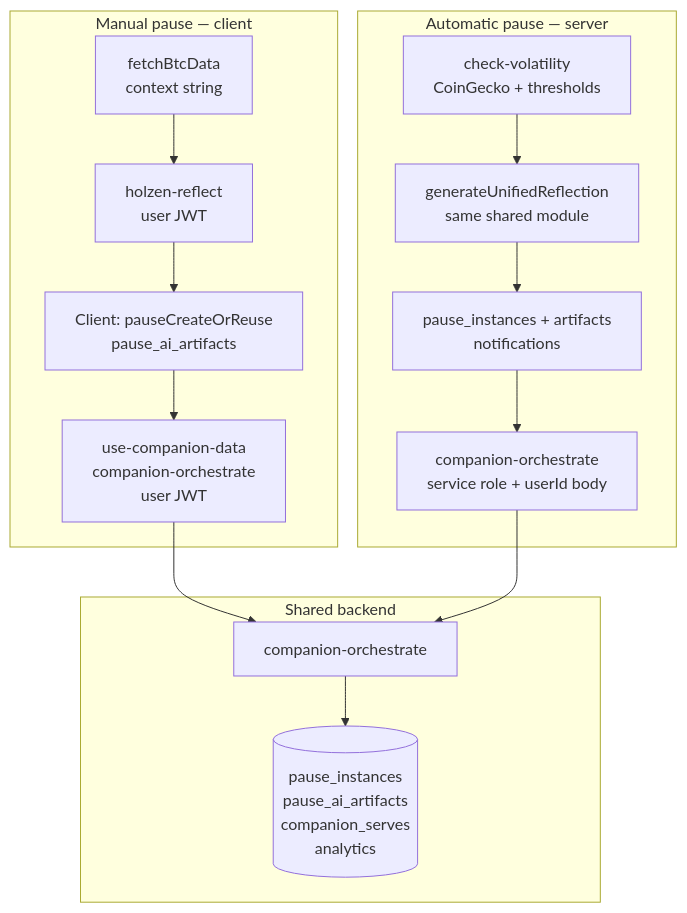
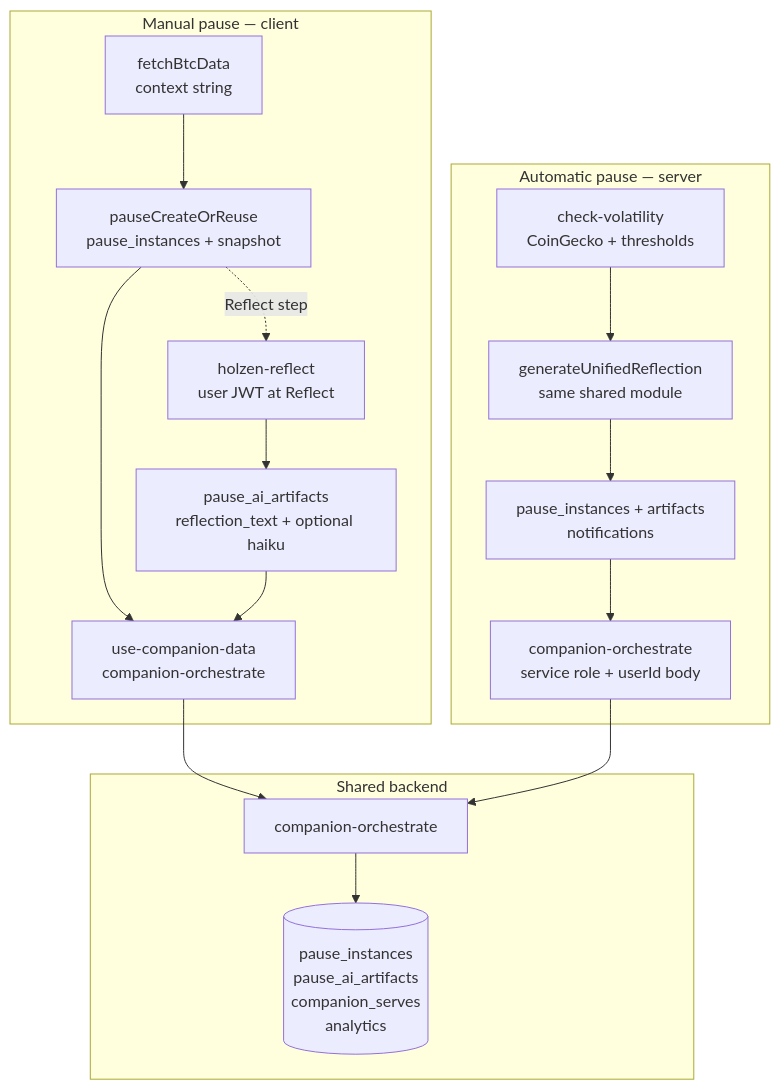
The second of 5 diagrams in docs/systems/pause/ai-powered-pause-system.md (Angelguirao/holzen), drawn with Mermaid before and after one commit. The commit also changed other lines of this file and 49 other files, not shown here.

First line of the commit message:
feat(pause): remove choose bridge and unify decide flow

````diff
--- a/docs/systems/pause/ai-powered-pause-system.md
+++ b/docs/systems/pause/ai-powered-pause-system.md
@@ -220,24 +220,27 @@
 ```mermaid
 flowchart TB
   subgraph MANUAL [Manual pause — client]
     BTC[fetchBtcData\ncontext string]
-    HR[holzen-reflect\nuser JWT]
-    INS[Client: pauseCreateOrReuse\npause_ai_artifacts]
-    UCD[use-companion-data\ncompanion-orchestrate\nuser JWT]
-    BTC --> HR --> INS --> UCD
+    POC[pauseCreateOrReuse\npause_instances + snapshot]
+    HR[holzen-reflect\nuser JWT at Reflect]
+    INS[pause_ai_artifacts\nreflection_text + optional haiku]
+    UCD[use-companion-data\ncompanion-orchestrate]
+    BTC --> POC --> UCD
+    POC -. Reflect step .-> HR
+    HR --> INS --> UCD
   end
   subgraph AUTO [Automatic pause — server]
     CV[check-volatility\nCoinGecko + thresholds]
     GUR[generateUnifiedReflection\nsame shared module]
     INS2[pause_instances + artifacts\nnotifications]
     COS[companion-orchestrate\nservice role + userId body]
     CV --> GUR --> INS2 --> COS
   end
   subgraph SHARED [Shared backend]
     ORCH[companion-orchestrate]
     ROW[(pause_instances\npause_ai_artifacts\ncompanion_serves\nanalytics)]
   end
   UCD --> ORCH
   COS --> ORCH
   ORCH --> ROW
 ```
````
